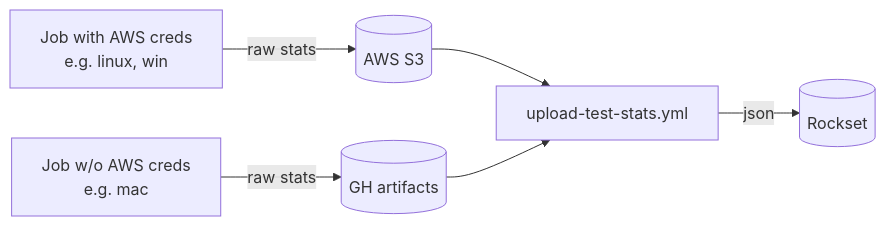
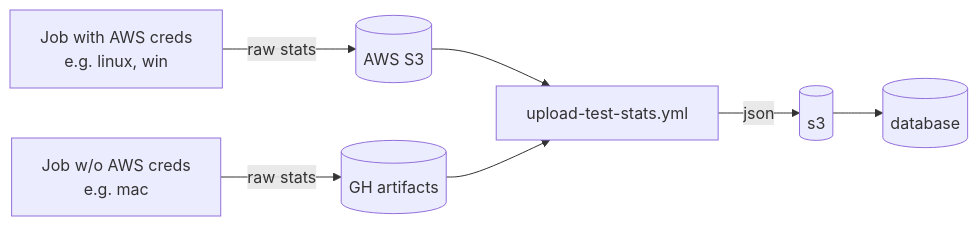
Before and after one commit to rdhanarot/pytorch: the diagram in tools/stats/README.md, drawn with Mermaid. The commit also changed other lines of this file and 20 other files, not shown here.

````diff
--- a/tools/stats/README.md
+++ b/tools/stats/README.md
@@ -13,10 +13,11 @@
 ```mermaid
 graph LR
     J1[Job with AWS creds<br>e.g. linux, win] --raw stats--> S3[(AWS S3)]
     J2[Job w/o AWS creds<br>e.g. mac] --raw stats--> GHA[(GH artifacts)]
 
     S3 --> uts[upload-test-stats.yml]
     GHA --> uts
 
-    uts --json--> R[(Rockset)]
+    uts --json--> s3[(s3)]
+    s3 --> DB[(database)]
 ```
````
